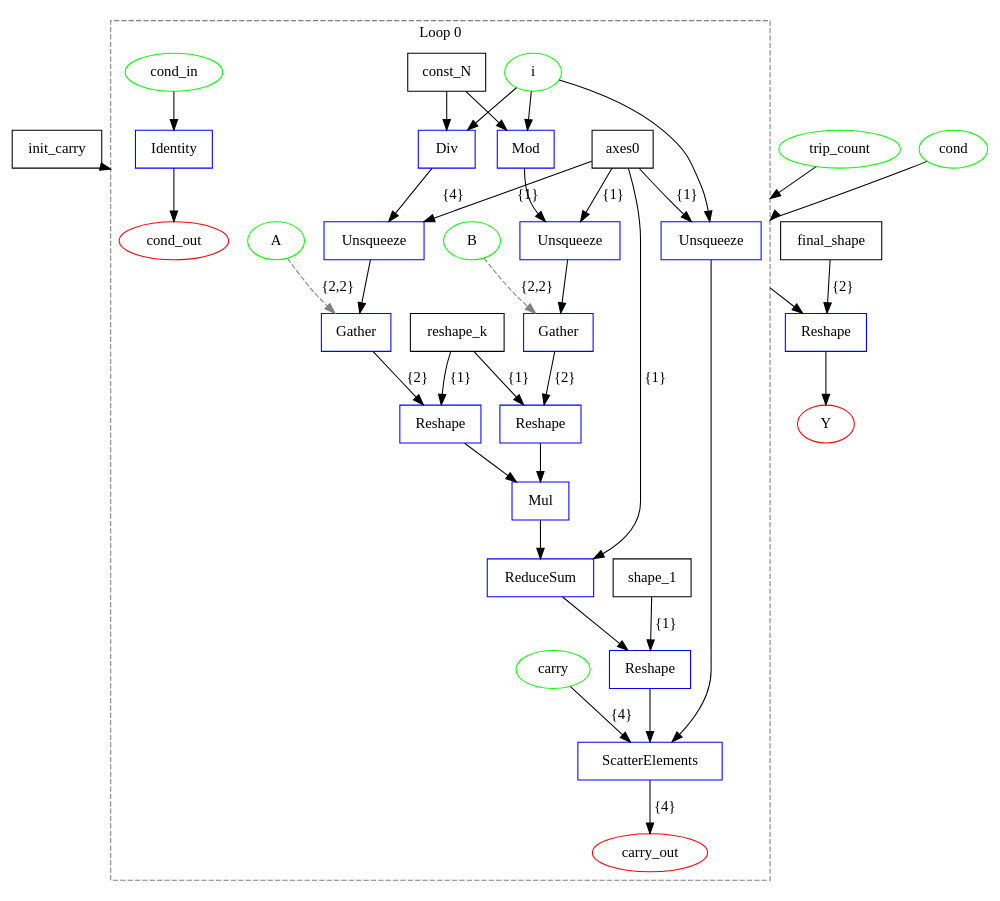
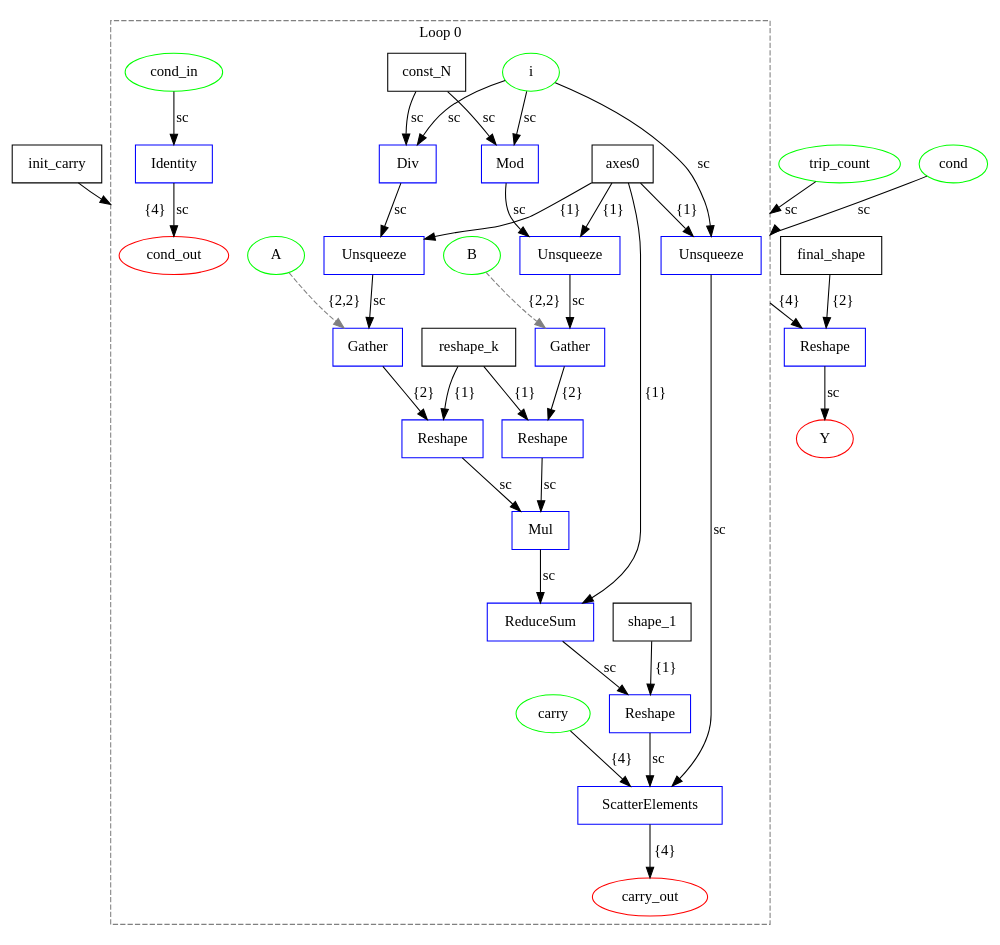
One commit to specs-feup/onnx-flow changed the diagram in examples/onnx/matmul_decomposed.dot. Above: the diagram before and after it, drawn with Graphviz. The commit also changed 52 other files, not shown here.

```diff
--- a/examples/onnx/matmul_decomposed.dot
+++ b/examples/onnx/matmul_decomposed.dot
@@ -1,77 +1,77 @@
 digraph {
   graph [compound=true];
   init_carry [label=init_carry shape=box];
   final_shape [label=final_shape shape=box];
   A [label=A shape=ellipse color="#00FF00"];
   B [label=B shape=ellipse color="#00FF00"];
   trip_count [label=trip_count shape=ellipse color="#00FF00"];
   cond [label=cond shape=ellipse color="#00FF00"];
   Y [label=Y shape=ellipse color="#FF0000"];
   subgraph cluster_loop_0 {
     graph [rankdir=LR compound=true];
     loop0_const_N [label=const_N shape=box];
     loop0_axes0 [label=axes0 shape=box];
     loop0_shape_1 [label=shape_1 shape=box];
     loop0_reshape_k [label=reshape_k shape=box];
     loop0_i [label=i shape=ellipse color="#00FF00"];
     loop0_cond_in [label=cond_in shape=ellipse color="#00FF00"];
     loop0_carry [label=carry shape=ellipse color="#00FF00"];
     loop0_cond_out [label=cond_out shape=ellipse color="#FF0000"];
     loop0_carry_out [label=carry_out shape=ellipse color="#FF0000"];
     loop0_0 [label=Unsqueeze shape=box color="#0000FF"];
-    loop0_0 -> loop0_12 [label=""];
+    loop0_0 -> loop0_12 [label=sc];
     loop0_1 [label=Div shape=box color="#0000FF"];
-    loop0_1 -> loop0_3 [label=""];
+    loop0_1 -> loop0_3 [label=sc];
     loop0_2 [label=Mod shape=box color="#0000FF"];
-    loop0_2 -> loop0_4 [label=""];
+    loop0_2 -> loop0_4 [label=sc];
     loop0_3 [label=Unsqueeze shape=box color="#0000FF"];
-    loop0_3 -> loop0_5 [label=""];
+    loop0_3 -> loop0_5 [label=sc];
     loop0_4 [label=Unsqueeze shape=box color="#0000FF"];
-    loop0_4 -> loop0_7 [label=""];
+    loop0_4 -> loop0_7 [label=sc];
     loop0_5 [label=Gather shape=box color="#0000FF"];
     loop0_5 -> loop0_6 [label="{2}"];
     loop0_6 [label=Reshape shape=box color="#0000FF"];
-    loop0_6 -> loop0_9 [label=""];
+    loop0_6 -> loop0_9 [label=sc];
     loop0_7 [label=Gather shape=box color="#0000FF"];
     loop0_7 -> loop0_8 [label="{2}"];
     loop0_8 [label=Reshape shape=box color="#0000FF"];
-    loop0_8 -> loop0_9 [label=""];
+    loop0_8 -> loop0_9 [label=sc];
     loop0_9 [label=Mul shape=box color="#0000FF"];
-    loop0_9 -> loop0_10 [label=""];
+    loop0_9 -> loop0_10 [label=sc];
     loop0_10 [label=ReduceSum shape=box color="#0000FF"];
-    loop0_10 -> loop0_11 [label=""];
+    loop0_10 -> loop0_11 [label=sc];
     loop0_11 [label=Reshape shape=box color="#0000FF"];
-    loop0_11 -> loop0_12 [label=""];
+    loop0_11 -> loop0_12 [label=sc];
     loop0_12 [label=ScatterElements shape=box color="#0000FF"];
     loop0_13 [label=Identity shape=box color="#0000FF"];
-    loop0_i -> loop0_0 [label=""];
+    loop0_i -> loop0_0 [label=sc];
     loop0_axes0 -> loop0_0 [label="{1}"];
     loop0_12 -> loop0_carry_out [label="{4}"];
-    loop0_i -> loop0_1 [label=""];
-    loop0_const_N -> loop0_1 [label=""];
-    loop0_i -> loop0_2 [label=""];
-    loop0_const_N -> loop0_2 [label=""];
+    loop0_i -> loop0_1 [label=sc];
+    loop0_const_N -> loop0_1 [label=sc];
+    loop0_i -> loop0_2 [label=sc];
+    loop0_const_N -> loop0_2 [label=sc];
     loop0_axes0 -> loop0_3 [label="{1}"];
     loop0_axes0 -> loop0_4 [label="{1}"];
     loop0_reshape_k -> loop0_6 [label="{1}"];
     loop0_reshape_k -> loop0_8 [label="{1}"];
     loop0_axes0 -> loop0_10 [label="{1}"];
     loop0_shape_1 -> loop0_11 [label="{1}"];
     loop0_carry -> loop0_12 [label="{4}"];
-    loop0_cond_in -> loop0_13 [label=""];
-    loop0_13 -> loop0_cond_out [label=""];
+    loop0_cond_in -> loop0_13 [label=sc];
+    loop0_13 -> loop0_cond_out [label=sc];
     A -> loop0_5 [style=dashed color=gray label="{2,2}"];
     B -> loop0_7 [style=dashed color=gray label="{2,2}"];
     graph [label="Loop 0"];
     graph [style=dashed];
     graph [color=gray];
   }
 
-  loop0_0 -> 1 [label="" ltail=cluster_loop_0];
+  loop0_0 -> 1 [label="{4}" ltail=cluster_loop_0];
   1 [label=Reshape shape=box color="#0000FF"];
-  trip_count -> loop0_0 [label="" lhead=cluster_loop_0];
-  cond -> loop0_0 [label="" lhead=cluster_loop_0];
+  trip_count -> loop0_0 [label=sc lhead=cluster_loop_0];
+  cond -> loop0_0 [label=sc lhead=cluster_loop_0];
   init_carry -> loop0_0 [label="{4}" lhead=cluster_loop_0];
   final_shape -> 1 [label="{2}"];
-  1 -> Y [label=""];
+  1 -> Y [label=sc];
 }
```
